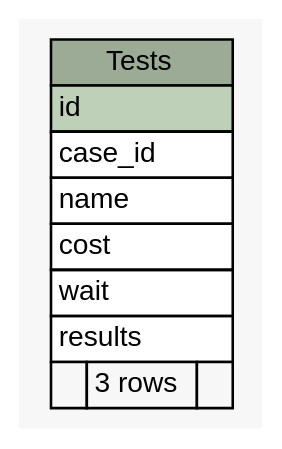
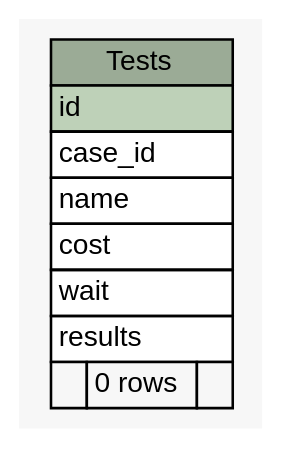
The diagram in web/files/schema/diagrams/summary/Tests.1degree.dot (carrel2/CaseStudies), drawn with Graphviz before and after one commit. The commit also changed 40 other files, not shown here.

```diff
--- a/web/files/schema/diagrams/summary/Tests.1degree.dot
+++ b/web/files/schema/diagrams/summary/Tests.1degree.dot
@@ -1,35 +1,35 @@
 // dot 2.38.0 on Linux 4.4.0-59-generic
 // SchemaSpy rev 590
 digraph "Tests" {
   graph [
     rankdir="RL"
     bgcolor="#f7f7f7"
     nodesep="0.18"
     ranksep="0.46"
     fontname="Helvetica"
     fontsize="11"
   ];
   node [
     fontname="Helvetica"
     fontsize="11"
     shape="plaintext"
   ];
   edge [
     arrowsize="0.8"
   ];
   "Tests" [
     label=<
     <TABLE BORDER="0" CELLBORDER="1" CELLSPACING="0" BGCOLOR="#ffffff">
       <TR><TD COLSPAN="3" BGCOLOR="#9bab96" ALIGN="CENTER">Tests</TD></TR>
       <TR><TD PORT="id" COLSPAN="3" BGCOLOR="#bed1b8" ALIGN="LEFT">id</TD></TR>
       <TR><TD PORT="case_id" COLSPAN="3" ALIGN="LEFT">case_id</TD></TR>
       <TR><TD PORT="name" COLSPAN="3" ALIGN="LEFT">name</TD></TR>
       <TR><TD PORT="cost" COLSPAN="3" ALIGN="LEFT">cost</TD></TR>
       <TR><TD PORT="wait" COLSPAN="3" ALIGN="LEFT">wait</TD></TR>
       <TR><TD PORT="results" COLSPAN="3" ALIGN="LEFT">results</TD></TR>
-      <TR><TD ALIGN="LEFT" BGCOLOR="#f7f7f7">  </TD><TD ALIGN="RIGHT" BGCOLOR="#f7f7f7">3 rows</TD><TD ALIGN="RIGHT" BGCOLOR="#f7f7f7">  </TD></TR>
+      <TR><TD ALIGN="LEFT" BGCOLOR="#f7f7f7">  </TD><TD ALIGN="RIGHT" BGCOLOR="#f7f7f7">0 rows</TD><TD ALIGN="RIGHT" BGCOLOR="#f7f7f7">  </TD></TR>
     </TABLE>>
     URL="tables/Tests.html"
     tooltip="Tests"
   ];
 }
```
